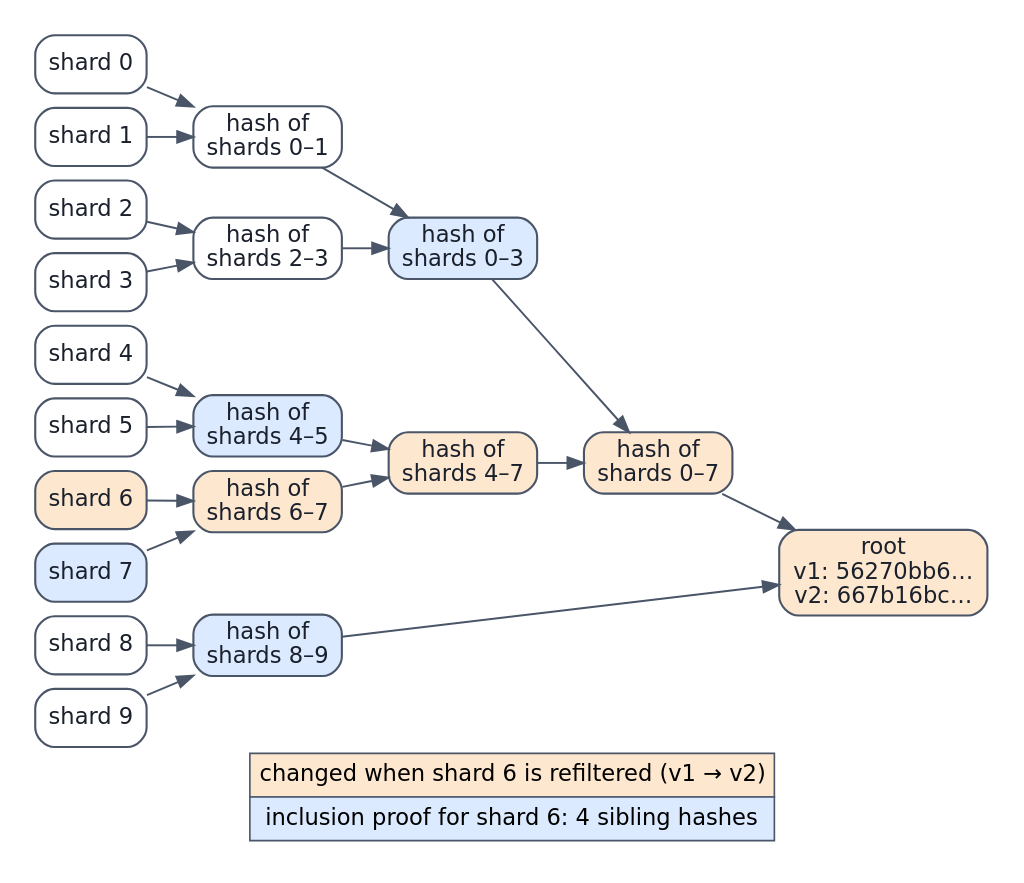
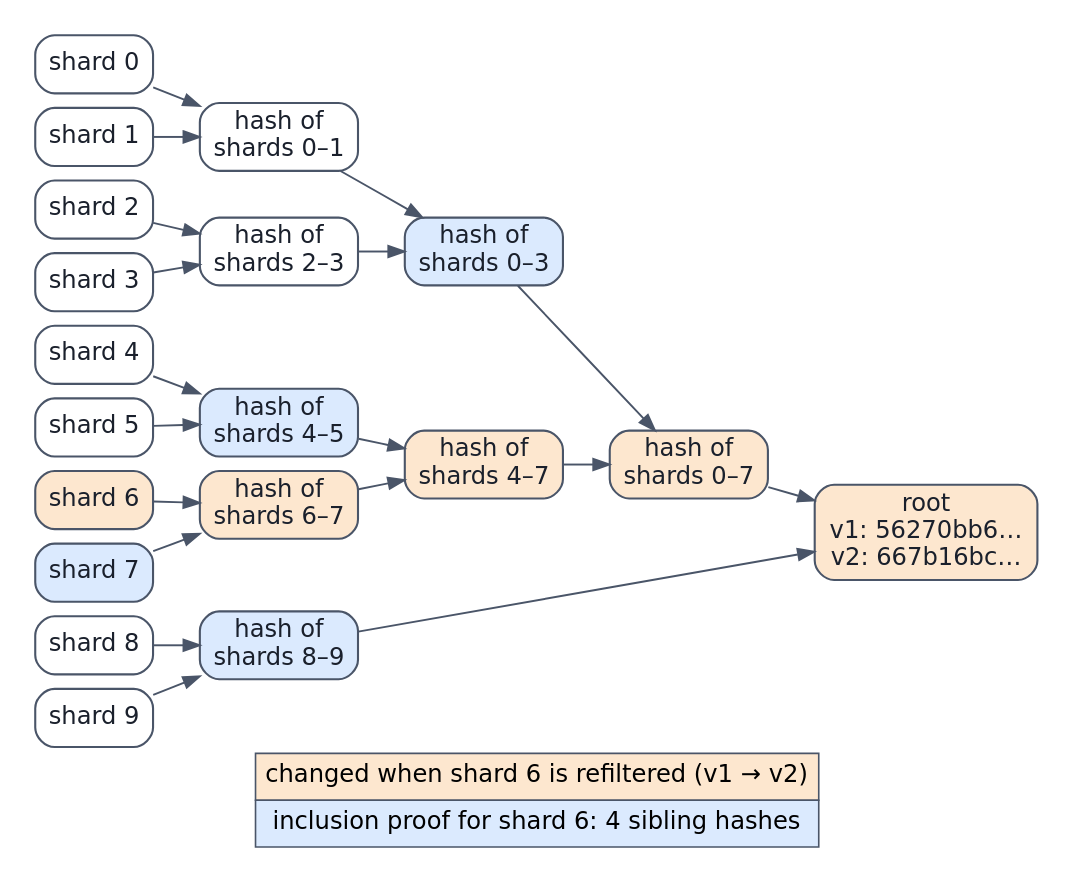
Before and after one commit to Beaker12/llmatlas: the diagram in chapters/05-dataset-management/figures/merkle.dot, drawn with Graphviz. The commit also changed 20 other files, not shown here.

First line of the commit message:
Chapter 5: render every schematic as one family with readable text

```diff
--- a/chapters/05-dataset-management/figures/merkle.dot
+++ b/chapters/05-dataset-management/figures/merkle.dot
@@ -1,42 +1,42 @@
 digraph merkle {
-  graph [label=<<TABLE BORDER="0" CELLBORDER="1" CELLSPACING="0" CELLPADDING="5" COLOR="#4a5568"><TR><TD BGCOLOR="#fde7cf">changed when shard 6 is refiltered (v1 → v2)</TD></TR><TR><TD BGCOLOR="#dbeafe">inclusion proof for shard 6: 4 sibling hashes</TD></TR></TABLE>>, fontname="DejaVu Sans", fontsize=14, rankdir=LR, nodesep=0.12, ranksep=0.4, pad=0.2, labelloc=b];
-  node [fontname="DejaVu Sans", fontsize=14, fontcolor="#1a202c", shape=box, style="rounded,filled", fillcolor="#ffffff", color="#4a5568", penwidth=1.3]; edge [fontname="DejaVu Sans", fontsize=13, fontcolor="#1a202c", color="#4a5568", penwidth=1.2];
+  graph [label=<<TABLE BORDER="0" CELLBORDER="1" CELLSPACING="0" CELLPADDING="5" COLOR="#4a5568"><TR><TD BGCOLOR="#fde7cf">changed when shard 6 is refiltered (v1 → v2)</TD></TR><TR><TD BGCOLOR="#dbeafe">inclusion proof for shard 6: 4 sibling hashes</TD></TR></TABLE>>, fontname="DejaVu Sans", fontsize=15, rankdir=LR, nodesep=0.12, ranksep=0.4, pad=0.2, labelloc=b];
+  node [fontname="DejaVu Sans", fontsize=15, fontcolor="#1a202c", shape=box, style="rounded,filled", fillcolor="#ffffff", color="#4a5568", penwidth=1.3]; edge [fontname="DejaVu Sans", fontsize=14, fontcolor="#1a202c", color="#4a5568", penwidth=1.2];
   L0 [label="shard 0", fillcolor="#ffffff"];
   L1 [label="shard 1", fillcolor="#ffffff"];
   L2 [label="shard 2", fillcolor="#ffffff"];
   L3 [label="shard 3", fillcolor="#ffffff"];
   L4 [label="shard 4", fillcolor="#ffffff"];
   L5 [label="shard 5", fillcolor="#ffffff"];
   L6 [label="shard 6", fillcolor="#fde7cf"];
   L7 [label="shard 7", fillcolor="#dbeafe"];
   L8 [label="shard 8", fillcolor="#ffffff"];
   L9 [label="shard 9", fillcolor="#ffffff"];
   L0 -> N0_1;
   L1 -> N0_1;
   L2 -> N2_3;
   L3 -> N2_3;
   L4 -> N4_5;
   L5 -> N4_5;
   L6 -> N6_7;
   L7 -> N6_7;
   L8 -> N8_9;
   L9 -> N8_9;
   N0_1 -> N0_3;
   N2_3 -> N0_3;
   N4_5 -> N4_7;
   N6_7 -> N4_7;
   N0_3 -> N0_7;
   N4_7 -> N0_7;
   N0_7 -> N0_9;
   N8_9 -> N0_9;
   N0_1 [label="hash of\nshards 0–1", fillcolor="#ffffff"];
   N2_3 [label="hash of\nshards 2–3", fillcolor="#ffffff"];
   N4_5 [label="hash of\nshards 4–5", fillcolor="#dbeafe"];
   N6_7 [label="hash of\nshards 6–7", fillcolor="#fde7cf"];
   N8_9 [label="hash of\nshards 8–9", fillcolor="#dbeafe"];
   N0_3 [label="hash of\nshards 0–3", fillcolor="#dbeafe"];
   N4_7 [label="hash of\nshards 4–7", fillcolor="#fde7cf"];
   N0_7 [label="hash of\nshards 0–7", fillcolor="#fde7cf"];
   N0_9 [label="root\nv1: 56270bb6…\nv2: 667b16bc…", fillcolor="#fde7cf"];
   {rank=same; L0 -> L1 -> L2 -> L3 -> L4 -> L5 -> L6 -> L7 -> L8 -> L9 [style=invis];}
 }
```
